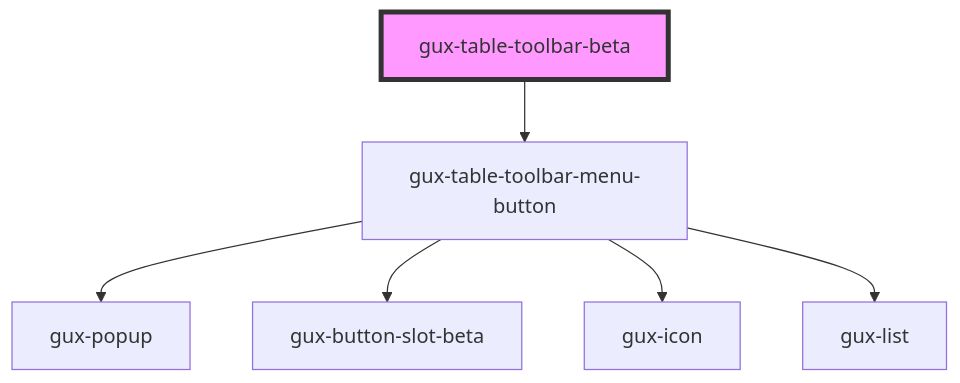
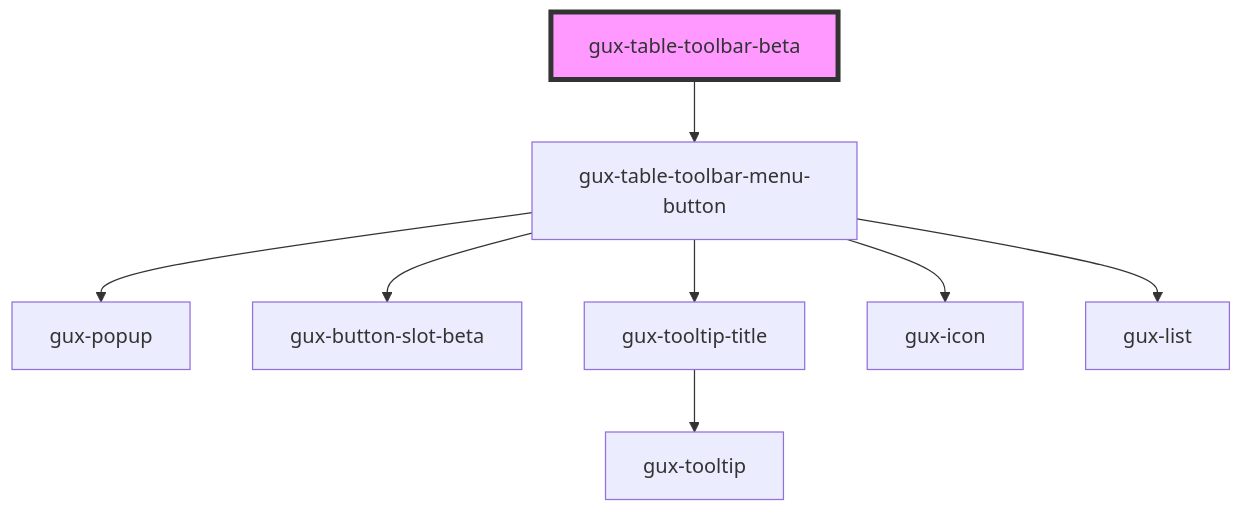
One commit to MyPureCloud/genesys-spark changed the diagram in packages/genesys-spark-components/src/components/beta/gux-table-toolbar/readme.md. Above: the diagram before and after it, drawn with Mermaid. The commit also changed 8 other files, not shown here.

First line of the commit message:
fix(table-toolbar): addition of tooltip when actions are is icon-only state

````diff
--- a/packages/genesys-spark-components/src/components/beta/gux-table-toolbar/readme.md
+++ b/packages/genesys-spark-components/src/components/beta/gux-table-toolbar/readme.md
@@ -26,9 +26,11 @@
 ```mermaid
 graph TD;
   gux-table-toolbar-beta --> gux-table-toolbar-menu-button
   gux-table-toolbar-menu-button --> gux-popup
   gux-table-toolbar-menu-button --> gux-button-slot-beta
+  gux-table-toolbar-menu-button --> gux-tooltip-title
   gux-table-toolbar-menu-button --> gux-icon
   gux-table-toolbar-menu-button --> gux-list
+  gux-tooltip-title --> gux-tooltip
   style gux-table-toolbar-beta fill:#f9f,stroke:#333,stroke-width:4px
 ```
````
